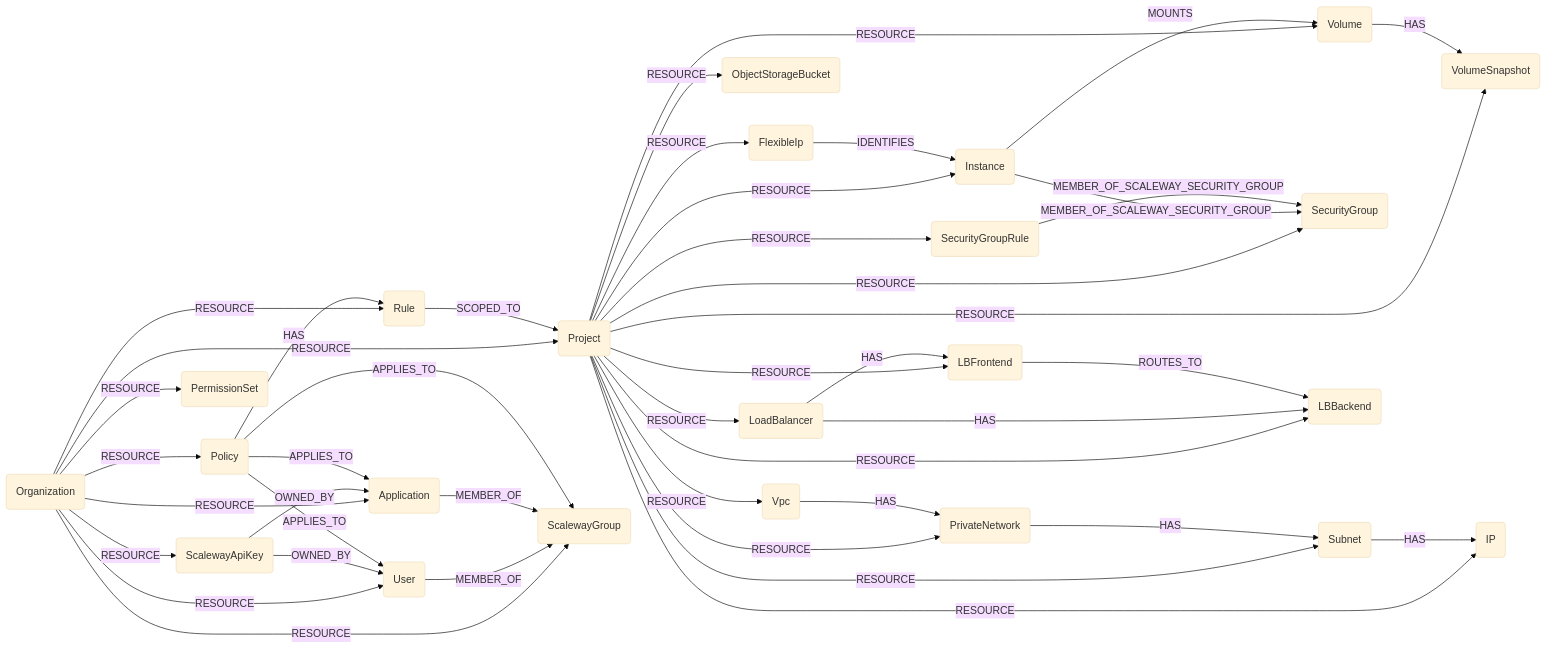
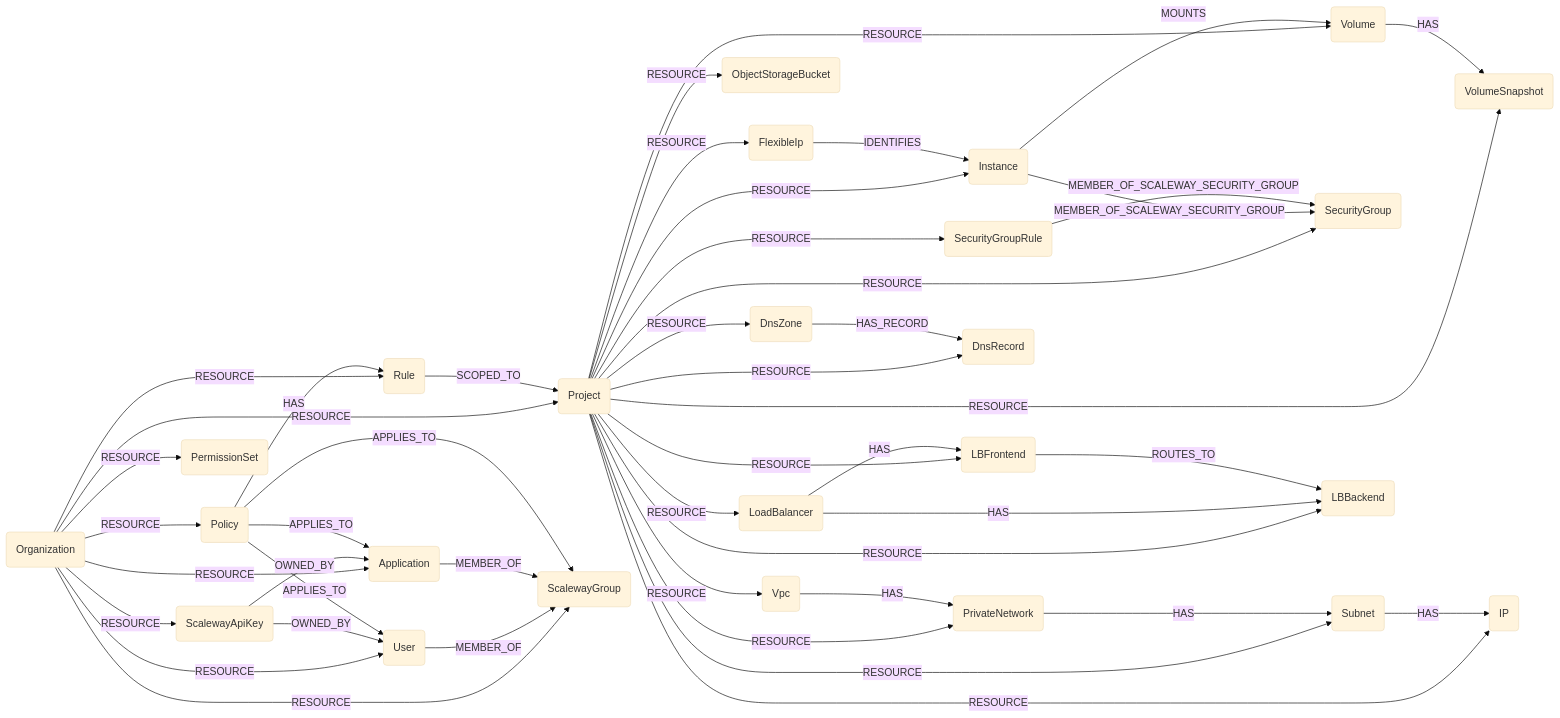
Before and after one commit to cartography-cncf/cartography: the diagram in docs/root/modules/scaleway/schema.md, drawn with Mermaid (base theme). The commit also changed other lines of this file and 8 other files, not shown here.

````diff
--- a/docs/root/modules/scaleway/schema.md
+++ b/docs/root/modules/scaleway/schema.md
@@ -3,45 +3,48 @@
 ```mermaid
 graph LR
 ORG(Organization) -- RESOURCE --> PRJ(Project)
 ORG -- RESOURCE --> APP(Application)
 ORG -- RESOURCE --> USR(User)
 ORG -- RESOURCE --> GRP(ScalewayGroup)
 ORG -- RESOURCE --> APIKEY(ScalewayApiKey)
 ORG -- RESOURCE --> POL(Policy)
 ORG -- RESOURCE --> RULE(Rule)
 ORG -- RESOURCE --> PS(PermissionSet)
 PRJ -- RESOURCE --> INS(Instance)
 PRJ -- RESOURCE --> FIP(FlexibleIp)
 PRJ -- RESOURCE --> VOL(Volume)
 PRJ -- RESOURCE --> SNAP(VolumeSnapshot)
 PRJ -- RESOURCE --> SG(SecurityGroup)
 PRJ -- RESOURCE --> SGR(SecurityGroupRule)
 PRJ -- RESOURCE --> BKT(ObjectStorageBucket)
 PRJ -- RESOURCE --> VPC(Vpc)
 PRJ -- RESOURCE --> PN(PrivateNetwork)
 PRJ -- RESOURCE --> SUB(Subnet)
 PRJ -- RESOURCE --> IP(IP)
 PRJ -- RESOURCE --> LB(LoadBalancer)
 PRJ -- RESOURCE --> FE(LBFrontend)
 PRJ -- RESOURCE --> BE(LBBackend)
+PRJ -- RESOURCE --> DZ(DnsZone)
+PRJ -- RESOURCE --> DR(DnsRecord)
 INS -- MOUNTS --> VOL
 INS -- MEMBER_OF_SCALEWAY_SECURITY_GROUP --> SG
 SGR -- MEMBER_OF_SCALEWAY_SECURITY_GROUP --> SG
 FIP -- IDENTIFIES --> INS
 VOL -- HAS --> SNAP
 VPC -- HAS --> PN
 PN -- HAS --> SUB
 SUB -- HAS --> IP
 LB -- HAS --> FE
 LB -- HAS --> BE
 FE -- ROUTES_TO --> BE
+DZ -- HAS_RECORD --> DR
 USR -- MEMBER_OF --> GRP(ScalewayGroup)
 APIKEY(ScalewayApiKey) -- OWNED_BY --> USR
 APP -- MEMBER_OF --> GRP(ScalewayGroup)
 APIKEY -- OWNED_BY --> APP
 POL -- APPLIES_TO --> USR
 POL -- APPLIES_TO --> GRP
 POL -- APPLIES_TO --> APP
 POL -- HAS --> RULE(Rule)
 RULE -- SCOPED_TO --> PRJ
 ```
````
